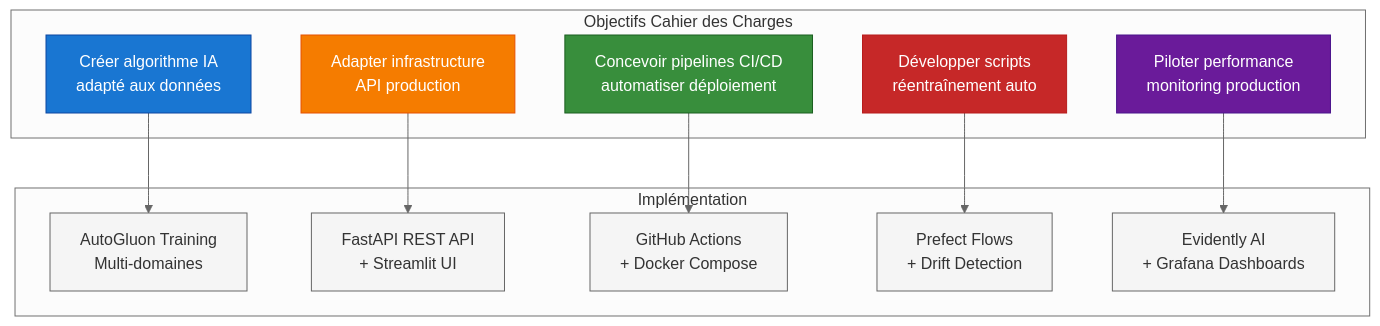
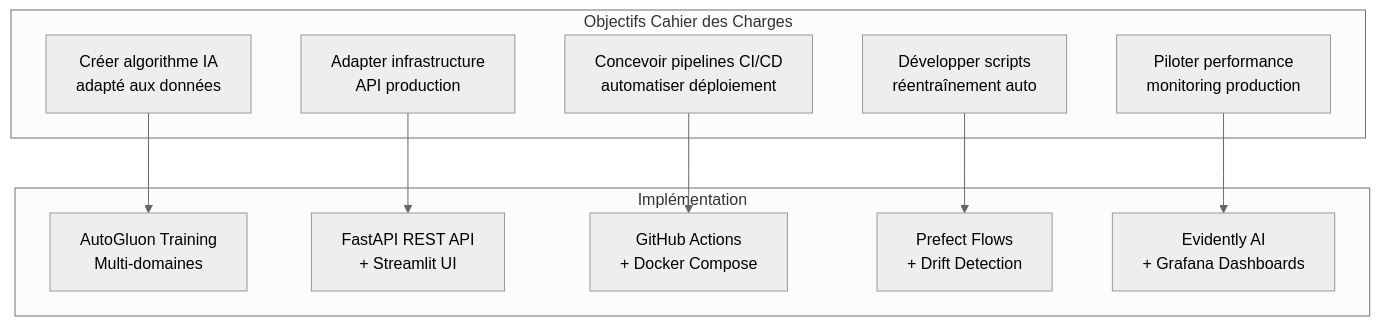
Diagram 19 of 21 in docs/ARCHITECTURE_MLOPS.md (jinsudai/jinsudai), drawn with Mermaid (neutral theme) before and after one commit. The commit also changed other lines of this file, not shown here.

````diff
--- a/docs/ARCHITECTURE_MLOPS.md
+++ b/docs/ARCHITECTURE_MLOPS.md
@@ -777,37 +635,26 @@
 ```mermaid
 graph TB
-    classDef objective1 fill:#1976D2,stroke:#0D47A1,color:#fff
-    classDef objective2 fill:#F57C00,stroke:#E65100,color:#fff
-    classDef objective3 fill:#388E3C,stroke:#1B5E20,color:#fff
-    classDef objective4 fill:#C62828,stroke:#B71C1C,color:#fff
-    classDef objective5 fill:#6A1B9A,stroke:#4A148C,color:#fff
-    classDef default fill:#f5f5f5,stroke:#666,color:#333
 
     subgraph "Objectifs Cahier des Charges"
         O1[Créer algorithme IA<br/>adapté aux données]
         O2[Adapter infrastructure<br/>API production]
         O3[Concevoir pipelines CI/CD<br/>automatiser déploiement]
         O4[Développer scripts<br/>réentraînement auto]
         O5[Piloter performance<br/>monitoring production]
     end
 
     subgraph "Implémentation"
         I1[AutoGluon Training<br/>Multi-domaines]
         I2[FastAPI REST API<br/>+ Streamlit UI]
         I3[GitHub Actions<br/>+ Docker Compose]
         I4[Prefect Flows<br/>+ Drift Detection]
         I5[Evidently AI<br/>+ Grafana Dashboards]
     end
 
     O1 --> I1
     O2 --> I2
     O3 --> I3
     O4 --> I4
     O5 --> I5
 
-    class O1 objective1
-    class O2 objective2
-    class O3 objective3
-    class O4 objective4
-    class O5 objective5
 ```
````
